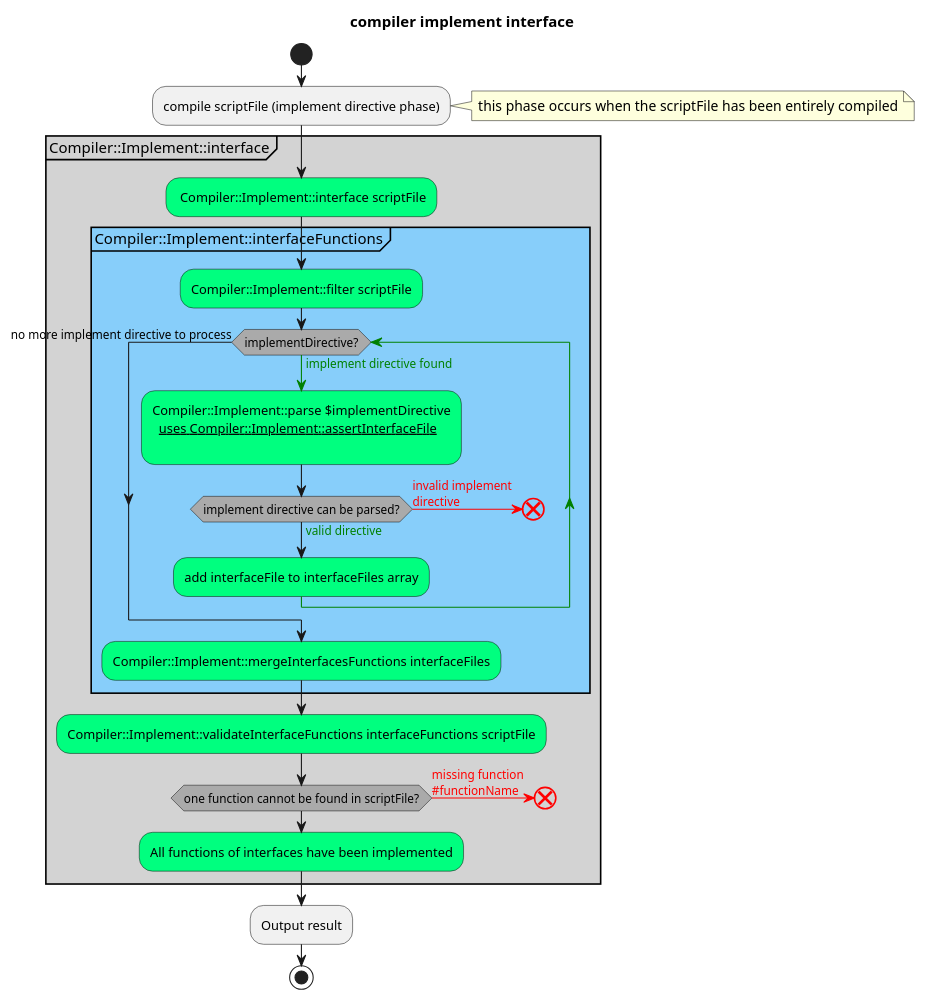
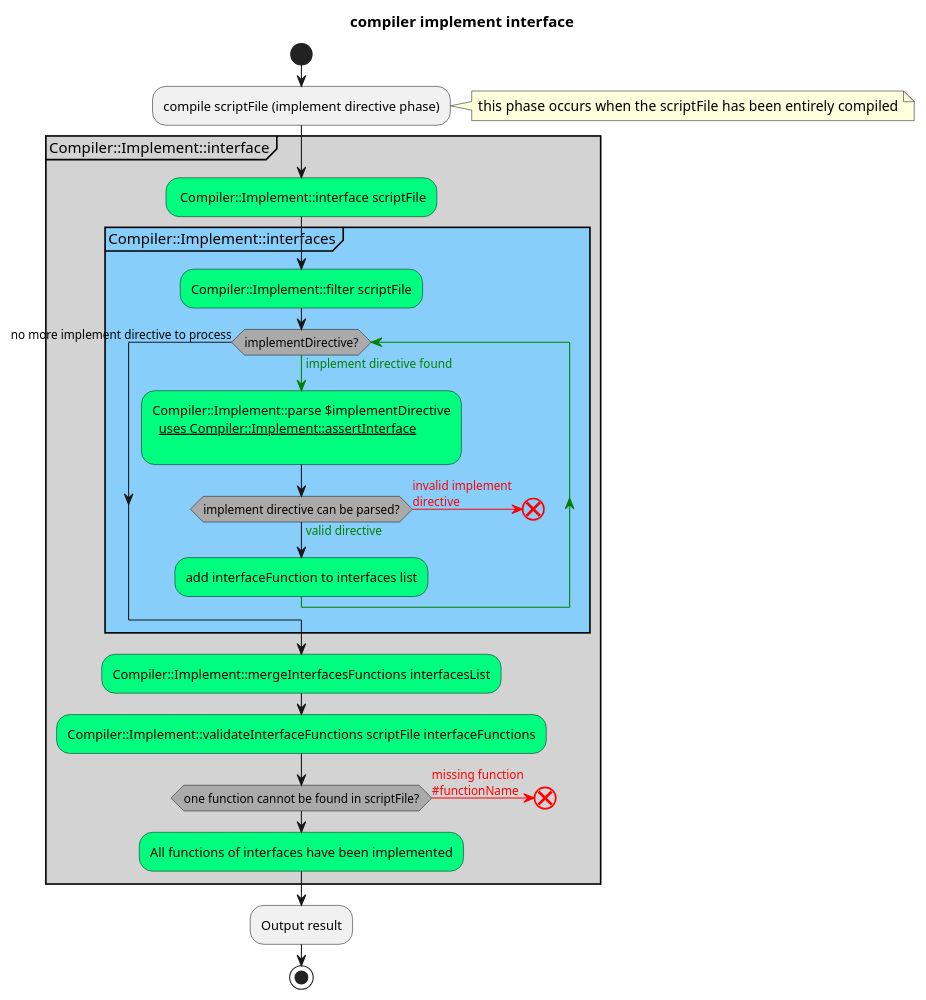
One commit to fchastanet/bash-tools-framework changed the diagram in src/Compiler/Implement/activityDiagram.puml. Above: the diagram before and after it, drawn with PlantUML. The commit also changed 39 other files, not shown here.

Commit message:
Added Compiler::Implement:*

```diff
--- a/src/Compiler/Implement/activityDiagram.puml
+++ b/src/Compiler/Implement/activityDiagram.puml
@@ -1,51 +1,51 @@
 @startuml "compilerImplementDirective"
 title compiler implement interface
 skinparam {
   ' https://github.com/plantuml/plantuml/blob/49115dfc7d4156961e5b49a81c09b474daa79823/src/net/sourceforge/plantuml/style/FromSkinparamToStyle.java#L145
   activityDiamondBackgroundColor #AAAAAA
   activityEndColor #red
 }
 start
 
 :compile scriptFile (implement directive phase);
 note right: this phase occurs when the scriptFile has been entirely compiled
 
 partition Compiler::Implement::interface #LightGray {
 
   #SpringGreen: Compiler::Implement::interface scriptFile;
 
-  partition Compiler::Implement::interfaceFunctions #LightSkyBlue {
+  partition Compiler::Implement::interfaces #LightSkyBlue {
     #SpringGreen:Compiler::Implement::filter scriptFile;
     while (implementDirective?) is (<color:green>implement directive found)
       -[#green]->
         #SpringGreen:Compiler::Implement::parse $implementDirective
-          ~~uses Compiler::Implement::assertInterfaceFile~~
+          ~~uses Compiler::Implement::assertInterface~~
         ;
         if (implement directive can be parsed?) is (<color:green>valid directive) then
           -[#green]->
         else (<color:red>invalid implement\n<color:red>directive)
           -[#red]->
           end
         endif
-        #SpringGreen:add interfaceFile to interfaceFiles array;
+        #SpringGreen:add interfaceFunction to interfaces list;
         -[#green]->
     endwhile (no more implement directive to process)
 
-    #SpringGreen:Compiler::Implement::mergeInterfacesFunctions interfaceFiles;
   }
+  #SpringGreen:Compiler::Implement::mergeInterfacesFunctions interfacesList;
 
-  #SpringGreen:Compiler::Implement::validateInterfaceFunctions interfaceFunctions scriptFile;
+  #SpringGreen:Compiler::Implement::validateInterfaceFunctions scriptFile interfaceFunctions;
   if (one function cannot be found in scriptFile?) is (<color:red>missing function\n<color:red>#functionName) then
     -[#red]->
     end
   else
     -[#green]->
   endif
   -[#green]->
   #SpringGreen:All functions of interfaces have been implemented;
 }
 
 :Output result;
 
 stop
 @enduml
```
